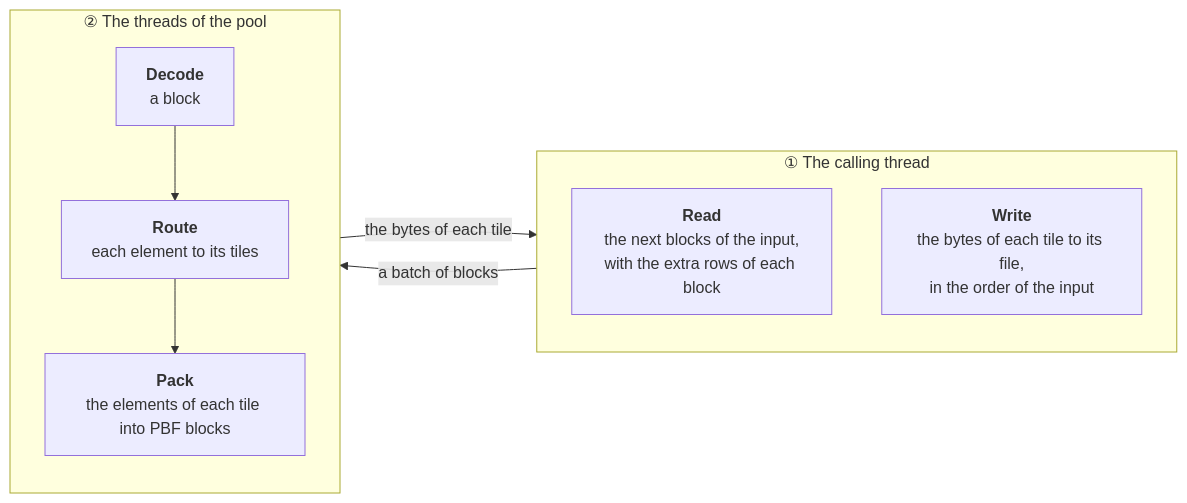
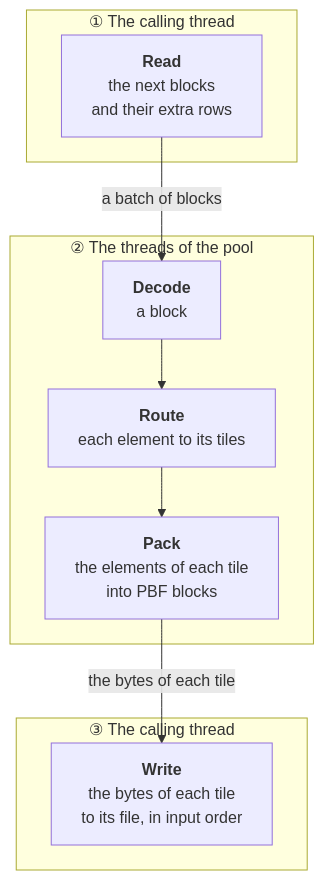
The second of 2 diagrams in docs/explanation/rules.md (Khoshkhah/pbfcut), drawn with Mermaid before and after one commit.

Commit message:
Docs: make the diagram of the threads vertical, so that it is legible

````diff
--- a/docs/explanation/rules.md
+++ b/docs/explanation/rules.md
@@ -71,19 +71,20 @@
 ```mermaid
-flowchart LR
-    subgraph T["① The calling thread"]
-        direction TB
-        R["<b>Read</b><br/>the next blocks of the input,<br/>with the extra rows of each block"]
-        WR["<b>Write</b><br/>the bytes of each tile to its file,<br/>in the order of the input"]
+flowchart TB
+    subgraph T1["① The calling thread"]
+        R["<b>Read</b><br/>the next blocks<br/>and their extra rows"]
     end
 
     subgraph P["② The threads of the pool"]
-        direction TB
         D["<b>Decode</b><br/>a block"]
         G["<b>Route</b><br/>each element to its tiles"]
-        K["<b>Pack</b><br/>the elements of each tile into PBF blocks"]
+        K["<b>Pack</b><br/>the elements of each tile<br/>into PBF blocks"]
         D --> G --> K
+    end
+
+    subgraph T2["③ The calling thread"]
+        WR["<b>Write</b><br/>the bytes of each tile<br/>to its file, in input order"]
     end
 
     R -- "a batch of blocks" --> D
     K -- "the bytes of each tile" --> WR
 ```
````
